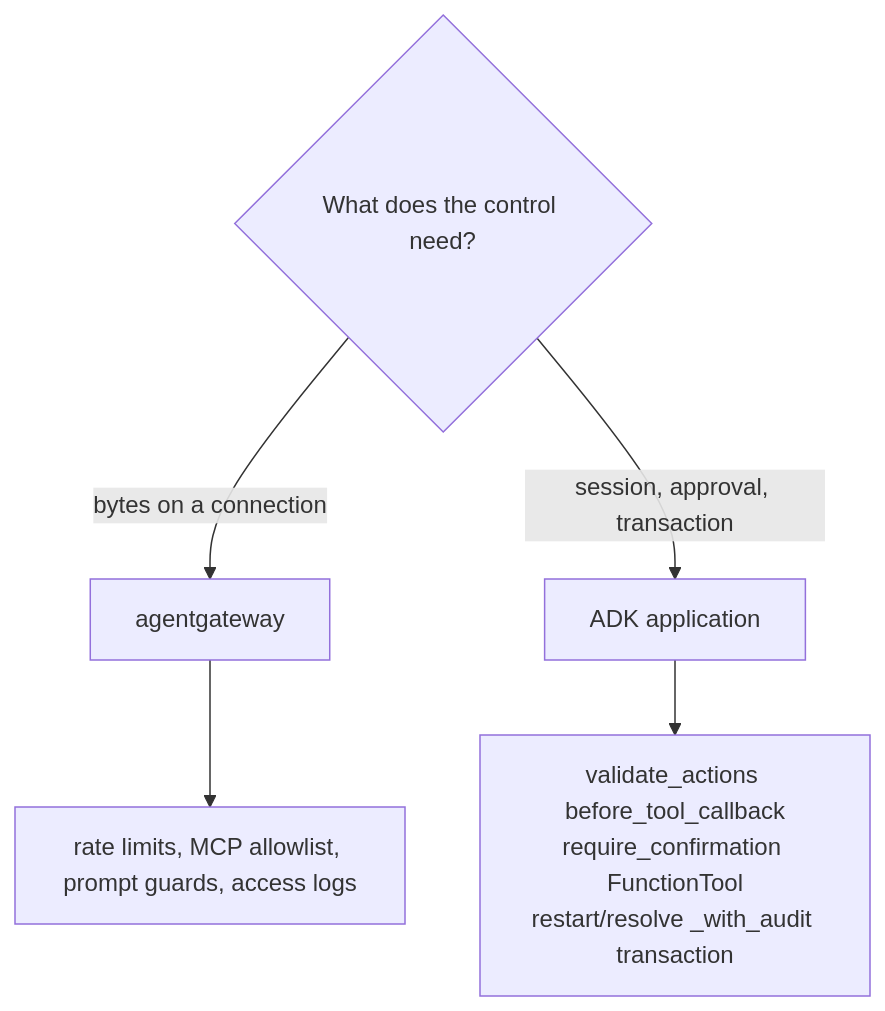
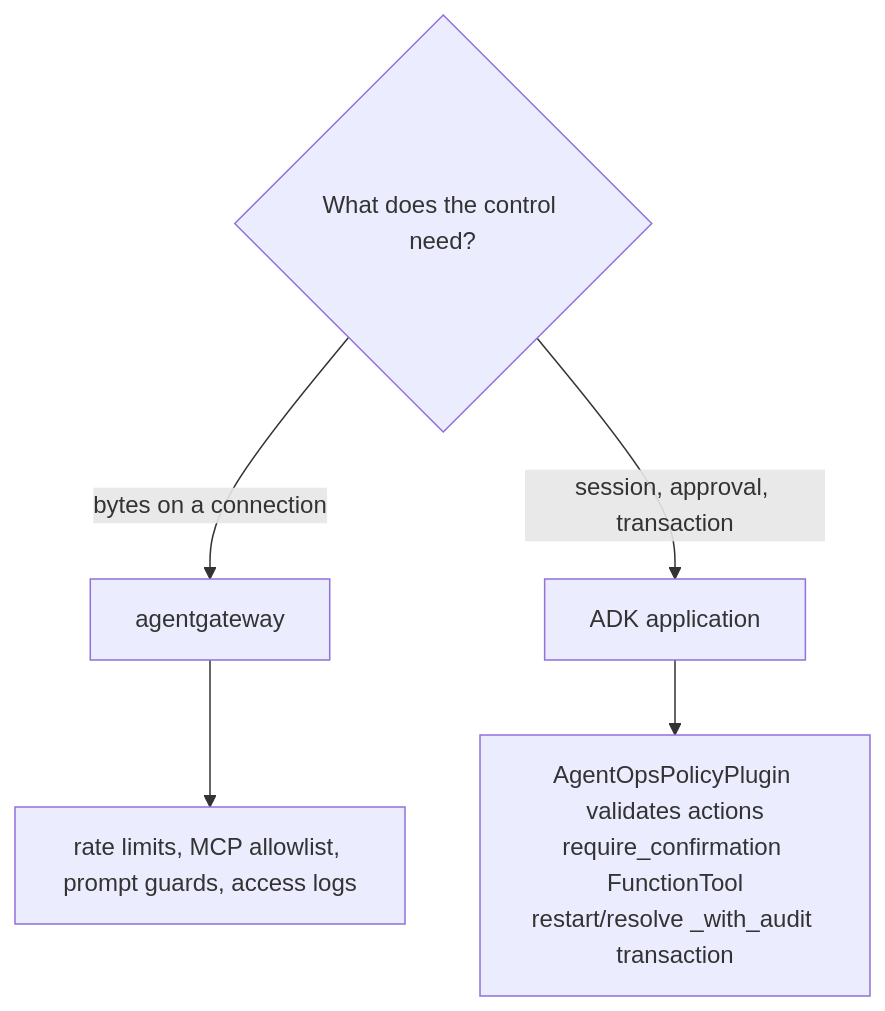
One commit to LuiGGi629/agentops-open-course changed the second of 2 diagrams in docs/5. Gateway/5.0. Gateway.md. Above: the diagram before and after it, drawn with Mermaid. The commit also changed other lines of this file and 44 other files, not shown here.

````diff
--- a/docs/5. Gateway/5.0. Gateway.md
+++ b/docs/5. Gateway/5.0. Gateway.md
@@ -150,7 +150,7 @@
 ```mermaid
 flowchart TD
     Q{What does the control need?} -->|bytes on a connection| GW[agentgateway]
     Q -->|session, approval, transaction| APP[ADK application]
     GW --> GWc["rate limits, MCP allowlist, prompt guards, access logs"]
-    APP --> APPc["validate_actions before_tool_callback<br/>require_confirmation FunctionTool<br/>restart/resolve _with_audit transaction"]
+    APP --> APPc["AgentOpsPolicyPlugin validates actions<br/>require_confirmation FunctionTool<br/>restart/resolve _with_audit transaction"]
 ```
````
